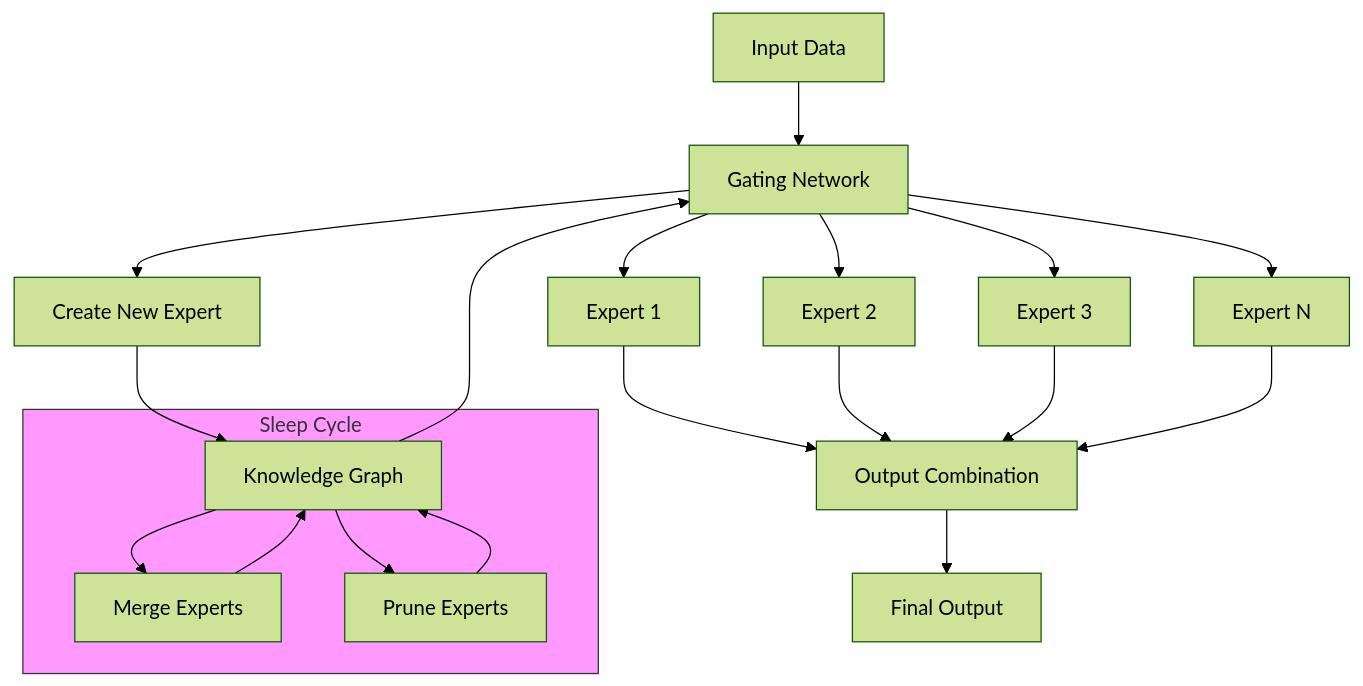
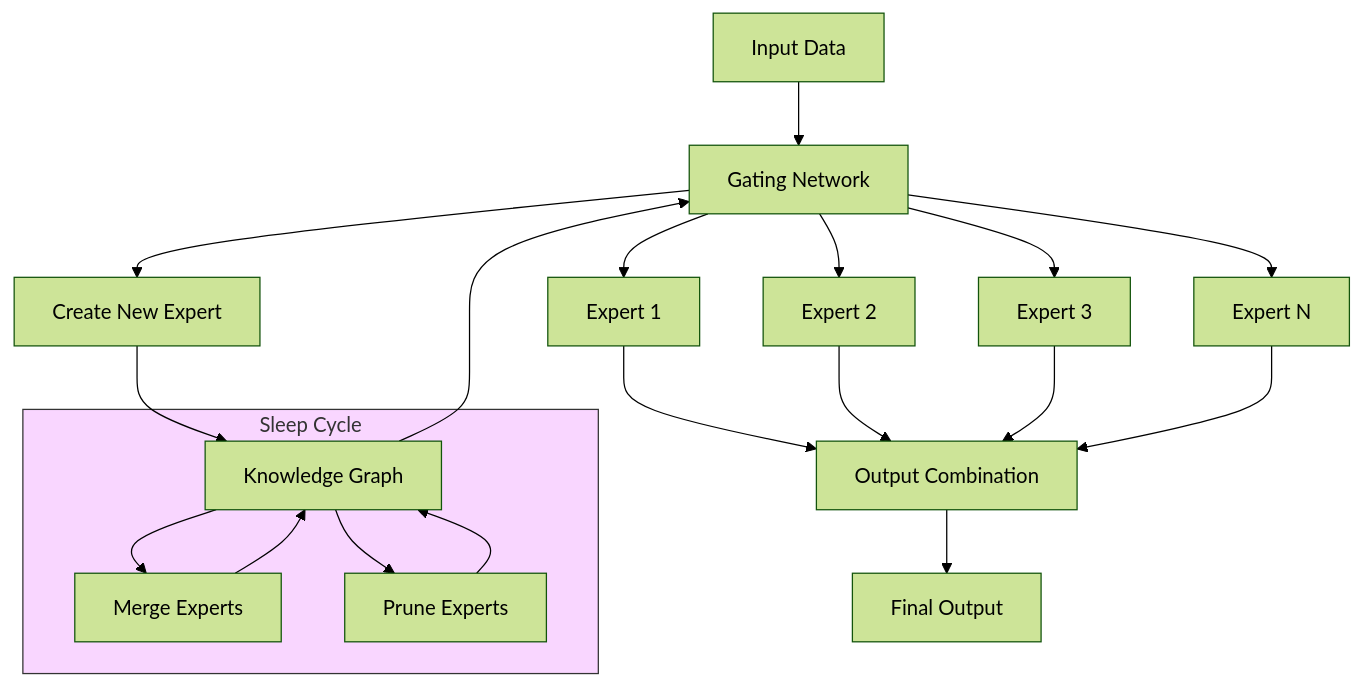
One commit to BerkZerker/Project-MORPH changed the first of 3 diagrams in README.md. Above: the diagram before and after it, drawn with Mermaid (forest theme). The commit also changed other lines of this file, not shown here.

Commit message:
Update mermaid diagrams (v4)

````diff
--- a/README.md
+++ b/README.md
@@ -17,30 +17,30 @@
 ```mermaid
 graph TD
     Input[Input Data] --> Gating[Gating Network]
     Gating --> E1[Expert 1]
     Gating --> E2[Expert 2]
     Gating --> E3[Expert 3]
     Gating --> EN[Expert N]
     
     E1 --> Combine[Output Combination]
     E2 --> Combine
     E3 --> Combine
     EN --> Combine
     
     Combine --> Output[Final Output]
     
     Gating --> Create[Create New Expert]
     Create --> KG[Knowledge Graph]
     
     subgraph Sleep[Sleep Cycle]
         KG --> Merge[Merge Experts]
         KG --> Prune[Prune Experts]
         Merge --> KG
         Prune --> KG
     end
     
     KG --> Gating
     
-    classDef sleepStyle fill:#f9f,stroke:#333;
+    classDef sleepStyle fill:#f9d6ff,stroke:#333;
     class Sleep sleepStyle;
 ```
````
